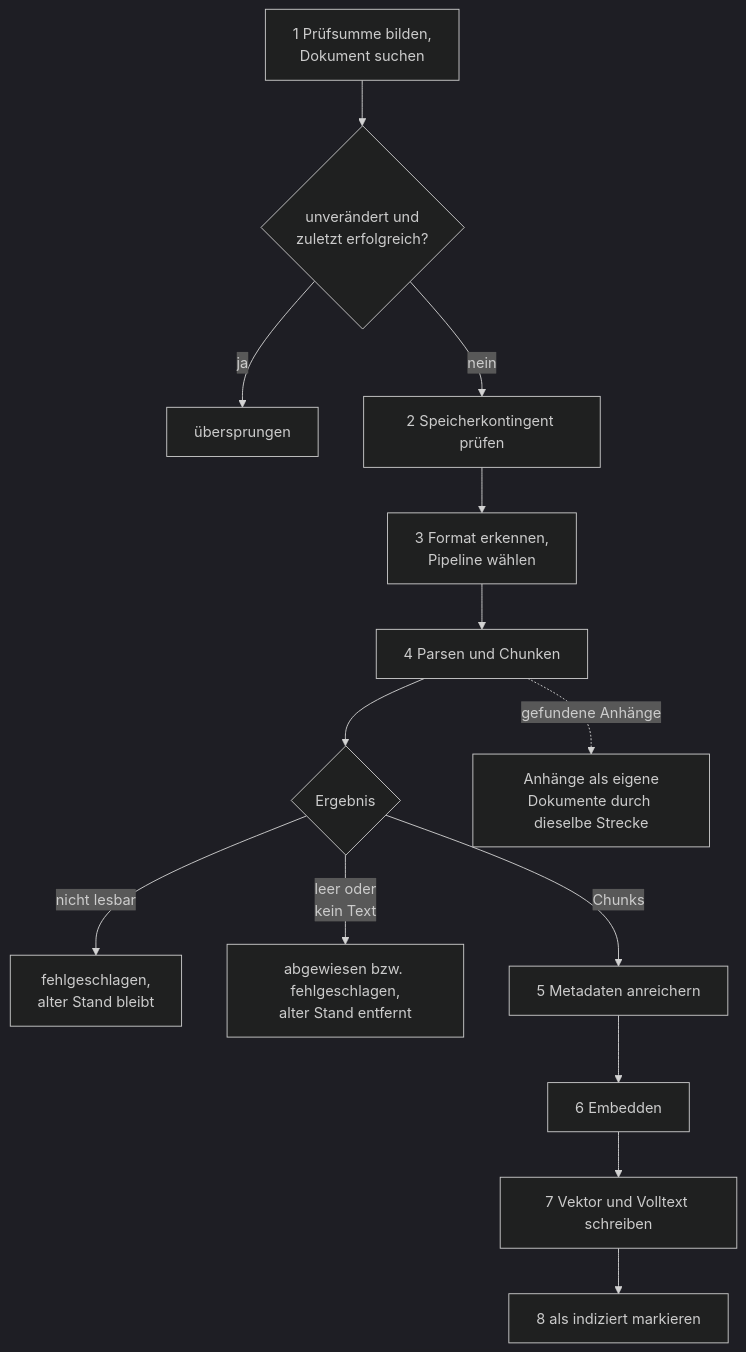
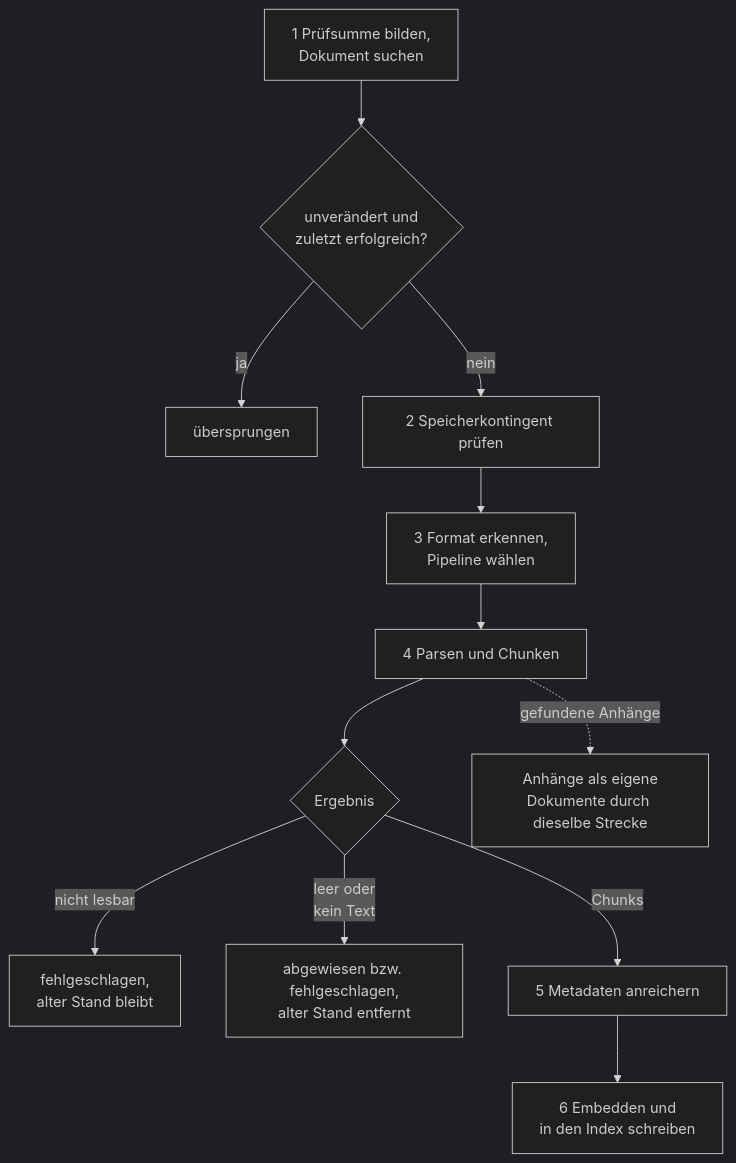
Before and after one commit to criew/opaa: the fourth of 6 diagrams in docs/handbuch/wissensbibliotheken.md, drawn with Mermaid (dark theme). The commit also changed other lines of this file and 7 other files, not shown here.

````diff
--- a/docs/handbuch/wissensbibliotheken.md
+++ b/docs/handbuch/wissensbibliotheken.md
@@ -296,16 +237,14 @@
 ```mermaid
 flowchart TB
     S1[1 Prüfsumme bilden,<br/>Dokument suchen] --> Q{unverändert und<br/>zuletzt erfolgreich?}
     Q -- ja --> SK[übersprungen]
     Q -- nein --> S2[2 Speicherkontingent prüfen]
     S2 --> S3[3 Format erkennen,<br/>Pipeline wählen]
     S3 --> S4[4 Parsen und Chunken]
     S4 --> R{Ergebnis}
     R -- nicht lesbar --> FP[fehlgeschlagen,<br/>alter Stand bleibt]
     R -- leer oder<br/>kein Text --> FA[abgewiesen bzw. fehlgeschlagen,<br/>alter Stand entfernt]
     R -- Chunks --> S5[5 Metadaten anreichern]
-    S5 --> S6[6 Embedden]
-    S6 --> S7[7 Vektor und Volltext schreiben]
-    S7 --> S8[8 als indiziert markieren]
+    S5 --> S6[6 Embedden und<br/>in den Index schreiben]
     S4 -. gefundene Anhänge .-> AT[Anhänge als eigene<br/>Dokumente durch dieselbe Strecke]
 ```
````
